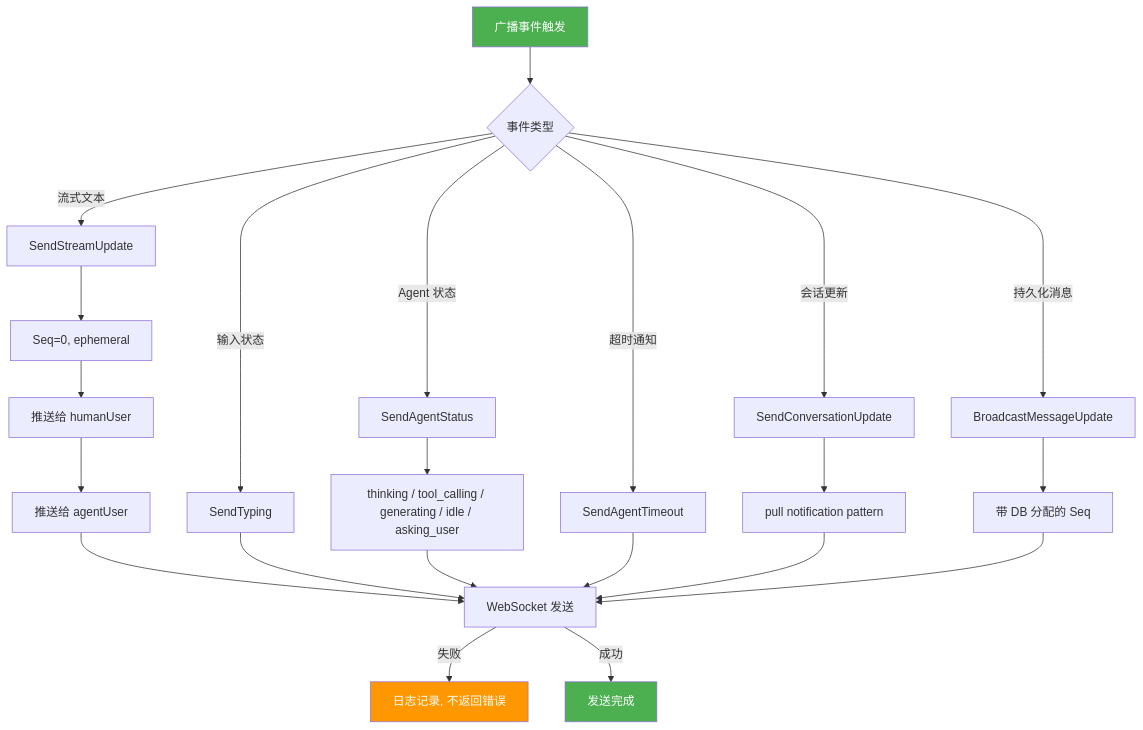
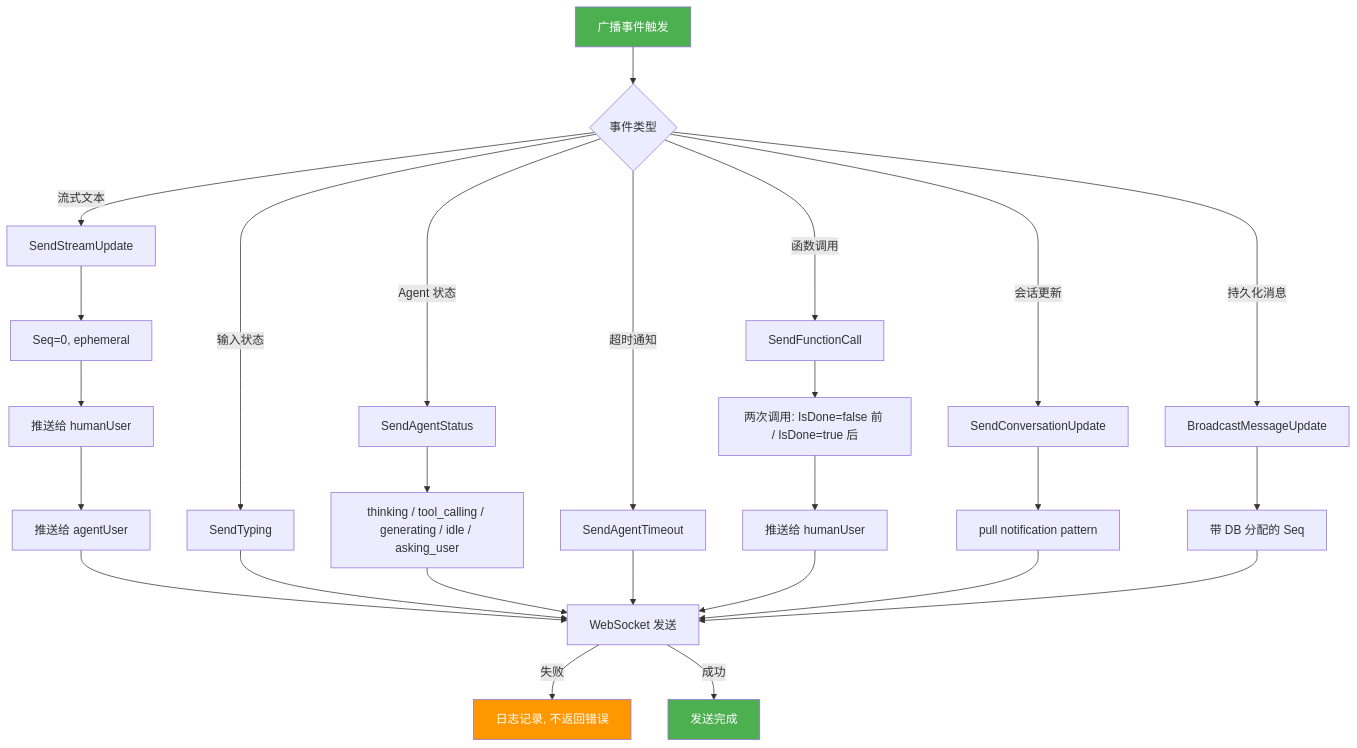
Before and after one commit to PineappleBond/xyncra-server: the eighth of 12 diagrams in wiki/flows/agent.md, drawn with Mermaid. The commit also changed other lines of this file and 21 other files, not shown here.

````diff
--- a/wiki/flows/agent.md
+++ b/wiki/flows/agent.md
@@ -422,36 +422,41 @@
 ```mermaid
 flowchart TD
     A[广播事件触发] --> B{事件类型}
 
     B -->|流式文本| C[SendStreamUpdate]
     C --> C1[Seq=0, ephemeral]
     C1 --> C2[推送给 humanUser]
     C2 --> C3[推送给 agentUser]
 
     B -->|输入状态| D[SendTyping]
 
     B -->|Agent 状态| E[SendAgentStatus]
     E --> E1[thinking / tool_calling / generating / idle / asking_user]
 
     B -->|超时通知| F[SendAgentTimeout]
 
+    B -->|函数调用| F2[SendFunctionCall]
+    F2 --> F3[两次调用: IsDone=false 前 / IsDone=true 后]
+    F3 --> F4[推送给 humanUser]
+
     B -->|会话更新| G[SendConversationUpdate]
     G --> G1[pull notification pattern]
 
     B -->|持久化消息| H[BroadcastMessageUpdate]
     H --> H1[带 DB 分配的 Seq]
 
     C3 --> I[WebSocket 发送]
     D --> I
     E1 --> I
     F --> I
+    F4 --> I
     G1 --> I
     H1 --> I
 
     I -->|失败| J[日志记录, 不返回错误]
     I -->|成功| K[发送完成]
 
     style A fill:#4CAF50,color:#fff
     style J fill:#FF9800,color:#fff
     style K fill:#4CAF50,color:#fff
 ```
````
